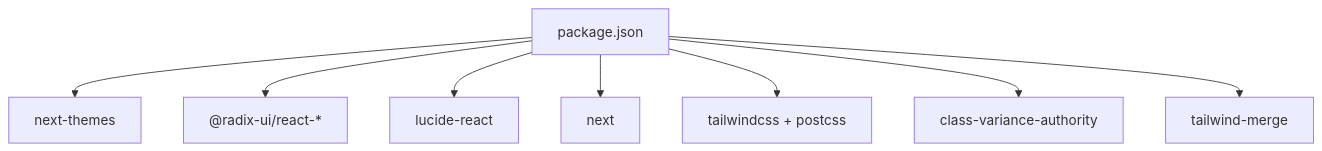
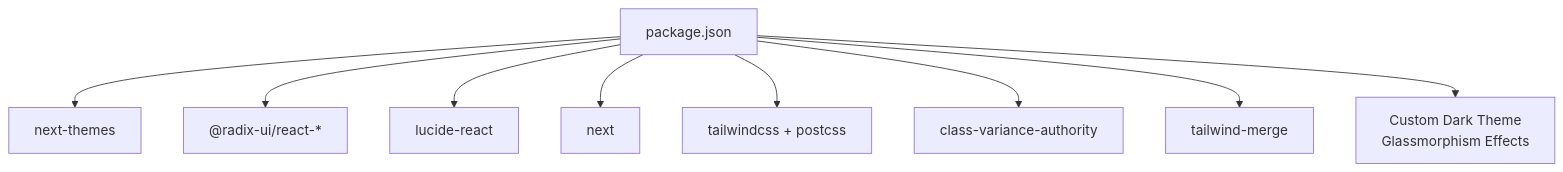
The eighth of 8 diagrams in .qoder/repowiki/en/content/UI Components/Layout Components.md (alikizang/datafrica), drawn with Mermaid before and after one commit. The commit also changed other lines of this file and 15 other files, not shown here.

````diff
--- a/.qoder/repowiki/en/content/UI Components/Layout Components.md
+++ b/.qoder/repowiki/en/content/UI Components/Layout Components.md
@@ -315,10 +377,11 @@
 ```mermaid
 graph TB
 P["package.json"] --> NT["next-themes"]
 P --> RADIX["@radix-ui/react-*"]
 P --> LUCIDE["lucide-react"]
 P --> NEXT["next"]
 P --> TWCSS["tailwindcss + postcss"]
 P --> CLX["class-variance-authority"]
 P --> TM["tailwind-merge"]
+P --> CUSTOM["Custom Dark Theme<br/>Glassmorphism Effects"]
 ```
````
